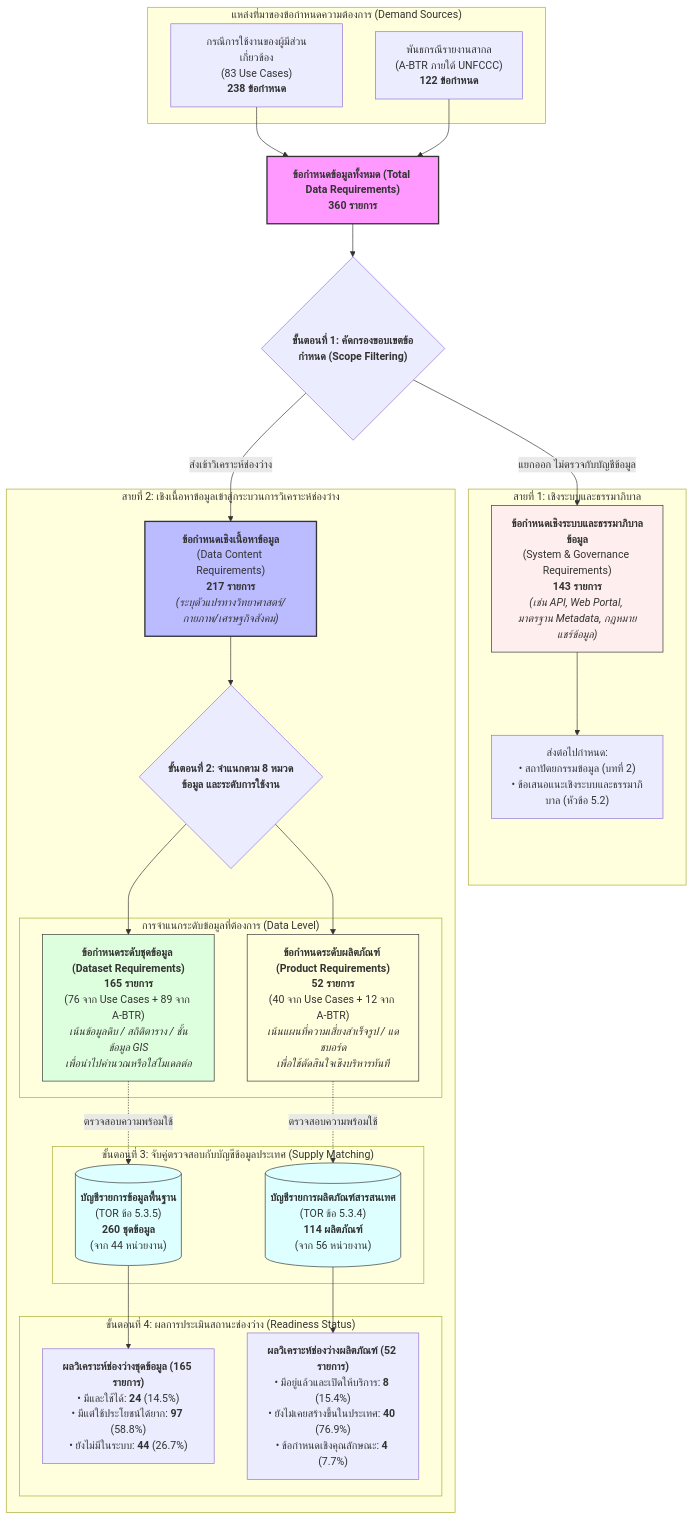
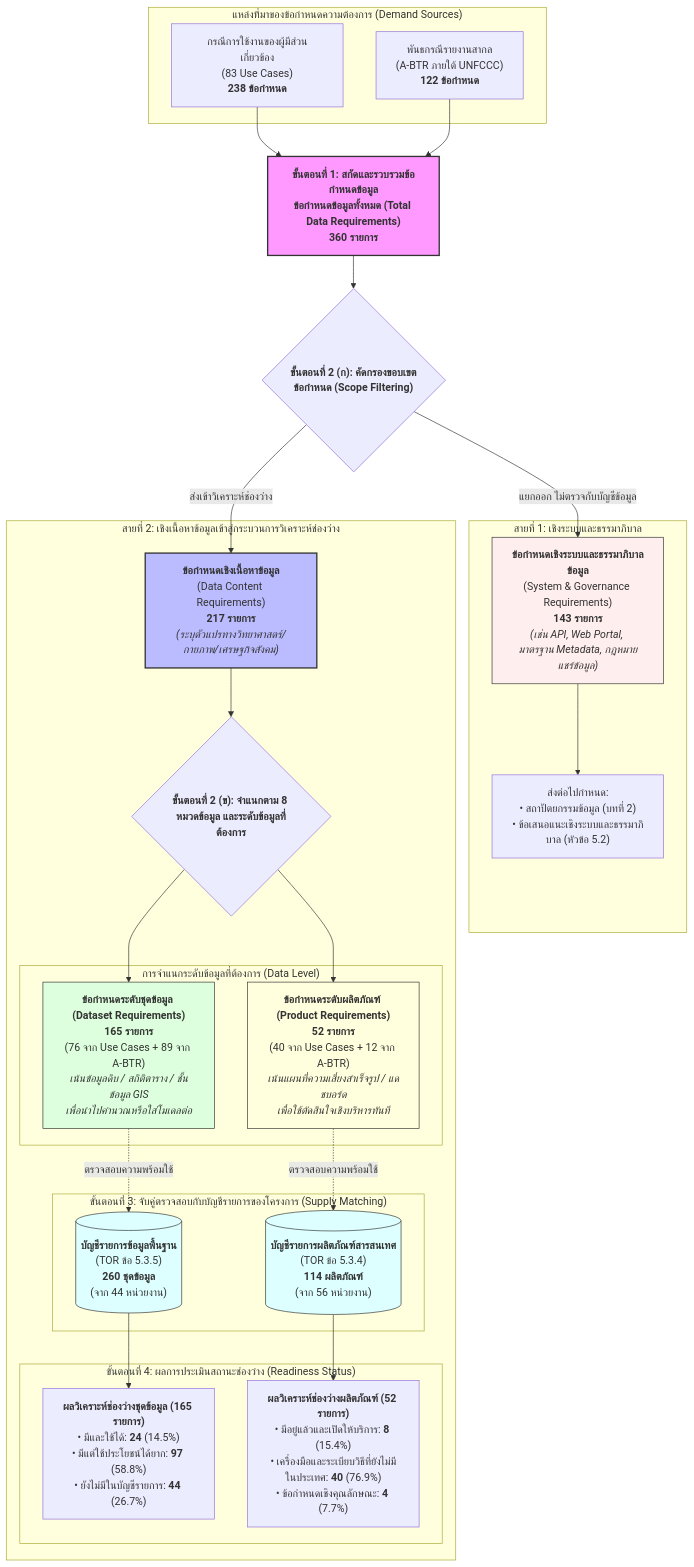
The diagram in ψ/incubate/drafts/crdb-full-report-5.1/draft-v2.md (Bossax/arun-creagy), drawn with Mermaid before and after one commit. The commit also changed other lines of this file and 4 other files, not shown here.

````diff
--- a/ψ/incubate/drafts/crdb-full-report-5.1/draft-v2.md
+++ b/ψ/incubate/drafts/crdb-full-report-5.1/draft-v2.md
@@ -43,62 +46,62 @@
 ```mermaid
 flowchart TD
     %% Source Node
     subgraph S1 ["แหล่งที่มาของข้อกำหนดความต้องการ (Demand Sources)"]
         UC["กรณีการใช้งานของผู้มีส่วนเกี่ยวข้อง<br/>(83 Use Cases)<br/><b>238 ข้อกำหนด</b>"]
         BTR["พันธกรณีรายงานสากล<br/>(A-BTR ภายใต้ UNFCCC)<br/><b>122 ข้อกำหนด</b>"]
     end
 
-    TOTAL["<b>ข้อกำหนดข้อมูลทั้งหมด (Total Data Requirements)</b><br/><b>360 รายการ</b>"]
+    TOTAL["<b>ขั้นตอนที่ 1: สกัดและรวบรวมข้อกำหนดข้อมูล</b><br/><b>ข้อกำหนดข้อมูลทั้งหมด (Total Data Requirements)</b><br/><b>360 รายการ</b>"]
     UC --> TOTAL
     BTR --> TOTAL
 
-    %% Step 1: Screening
-    TOTAL --> STEP1{"<b>ขั้นตอนที่ 1: คัดกรองขอบเขตข้อกำหนด (Scope Filtering)</b>"}
+    %% Step 2a: Screening
+    TOTAL --> STEP1{"<b>ขั้นตอนที่ 2 (ก): คัดกรองขอบเขตข้อกำหนด (Scope Filtering)</b>"}
 
     subgraph TRACK_SYS ["สายที่ 1: เชิงระบบและธรรมาภิบาล"]
         SYS["<b>ข้อกำหนดเชิงระบบและธรรมาภิบาลข้อมูล</b><br/>(System & Governance Requirements)<br/><b>143 รายการ</b><br/><i>(เช่น API, Web Portal, มาตรฐาน Metadata, กฎหมายแชร์ข้อมูล)</i>"]
         SYS_TARGET["ส่งต่อไปกำหนด:<br/>• สถาปัตยกรรมข้อมูล (บทที่ 2)<br/>• ข้อเสนอแนะเชิงระบบและธรรมาภิบาล (หัวข้อ 5.2)"]
         SYS --> SYS_TARGET
     end
 
     subgraph TRACK_DATA ["สายที่ 2: เชิงเนื้อหาข้อมูลเข้าสู่กระบวนการวิเคราะห์ช่องว่าง"]
         CONTENT["<b>ข้อกำหนดเชิงเนื้อหาข้อมูล</b><br/>(Data Content Requirements)<br/><b>217 รายการ</b><br/><i>(ระบุตัวแปรทางวิทยาศาสตร์/กายภาพ/เศรษฐกิจสังคม)</i>"]
         
-        STEP2{"<b>ขั้นตอนที่ 2: จำแนกตาม 8 หมวดข้อมูล และระดับการใช้งาน</b>"}
+        STEP2{"<b>ขั้นตอนที่ 2 (ข): จำแนกตาม 8 หมวดข้อมูล และระดับข้อมูลที่ต้องการ</b>"}
         CONTENT --> STEP2
 
         subgraph SPLIT_TYPE ["การจำแนกระดับข้อมูลที่ต้องการ (Data Level)"]
             REQ_DS["<b>ข้อกำหนดระดับชุดข้อมูล (Dataset Requirements)</b><br/><b>165 รายการ</b><br/>(76 จาก Use Cases + 89 จาก A-BTR)<br/><i>เน้นข้อมูลดิบ / สถิติตาราง / ชั้นข้อมูล GIS<br/>เพื่อนำไปคำนวณหรือใส่โมเดลต่อ</i>"]
             REQ_PR["<b>ข้อกำหนดระดับผลิตภัณฑ์ (Product Requirements)</b><br/><b>52 รายการ</b><br/>(40 จาก Use Cases + 12 จาก A-BTR)<br/><i>เน้นแผนที่ความเสี่ยงสำเร็จรูป / แดชบอร์ด<br/>เพื่อใช้ตัดสินใจเชิงบริหารทันที</i>"]
         end
         STEP2 --> REQ_DS
         STEP2 --> REQ_PR
 
-        subgraph INVENTORY ["ขั้นตอนที่ 3: จับคู่ตรวจสอบกับบัญชีข้อมูลประเทศ (Supply Matching)"]
+        subgraph INVENTORY ["ขั้นตอนที่ 3: จับคู่ตรวจสอบกับบัญชีรายการของโครงการ (Supply Matching)"]
             INV_DS[("<b>บัญชีรายการข้อมูลพื้นฐาน</b><br/>(TOR ข้อ 5.3.5)<br/><b>260 ชุดข้อมูล</b><br/>(จาก 44 หน่วยงาน)")]
             INV_PR[("<b>บัญชีรายการผลิตภัณฑ์สารสนเทศ</b><br/>(TOR ข้อ 5.3.4)<br/><b>114 ผลิตภัณฑ์</b><br/>(จาก 56 หน่วยงาน)")]
         end
 
         REQ_DS -.->|ตรวจสอบความพร้อมใช้| INV_DS
         REQ_PR -.->|ตรวจสอบความพร้อมใช้| INV_PR
 
         subgraph GAP_RESULT ["ขั้นตอนที่ 4: ผลการประเมินสถานะช่องว่าง (Readiness Status)"]
-            RES_DS["<b>ผลวิเคราะห์ช่องว่างชุดข้อมูล (165 รายการ)</b><br/>• มีและใช้ได้: <b>24</b> (14.5%)<br/>• มีแต่ใช้ประโยชน์ได้ยาก: <b>97</b> (58.8%)<br/>• ยังไม่มีในระบบ: <b>44</b> (26.7%)"]
-            RES_PR["<b>ผลวิเคราะห์ช่องว่างผลิตภัณฑ์ (52 รายการ)</b><br/>• มีอยู่แล้วและเปิดให้บริการ: <b>8</b> (15.4%)<br/>• ยังไม่เคยสร้างขึ้นในประเทศ: <b>40</b> (76.9%)<br/>• ข้อกำหนดเชิงคุณลักษณะ: <b>4</b> (7.7%)"]
+            RES_DS["<b>ผลวิเคราะห์ช่องว่างชุดข้อมูล (165 รายการ)</b><br/>• มีและใช้ได้: <b>24</b> (14.5%)<br/>• มีแต่ใช้ประโยชน์ได้ยาก: <b>97</b> (58.8%)<br/>• ยังไม่มีในบัญชีรายการ: <b>44</b> (26.7%)"]
+            RES_PR["<b>ผลวิเคราะห์ช่องว่างผลิตภัณฑ์ (52 รายการ)</b><br/>• มีอยู่แล้วและเปิดให้บริการ: <b>8</b> (15.4%)<br/>• เครื่องมือและระเบียบวิธีที่ยังไม่มีในประเทศ: <b>40</b> (76.9%)<br/>• ข้อกำหนดเชิงคุณลักษณะ: <b>4</b> (7.7%)"]
         end
 
         INV_DS --> RES_DS
         INV_PR --> RES_PR
     end
 
     STEP1 -->|แยกออก ไม่ตรวจกับบัญชีข้อมูล| SYS
     STEP1 -->|ส่งเข้าวิเคราะห์ช่องว่าง| CONTENT
 
     style TOTAL fill:#f9f,stroke:#333,stroke-width:2px
     style CONTENT fill:#bbf,stroke:#333,stroke-width:2px
     style SYS fill:#fee,stroke:#333,stroke-width:1px
     style REQ_DS fill:#dfd,stroke:#333,stroke-width:1px
     style REQ_PR fill:#ffd,stroke:#333,stroke-width:1px
     style INV_DS fill:#dff,stroke:#333,stroke-width:1px
     style INV_PR fill:#dff,stroke:#333,stroke-width:1px
 ```
````
